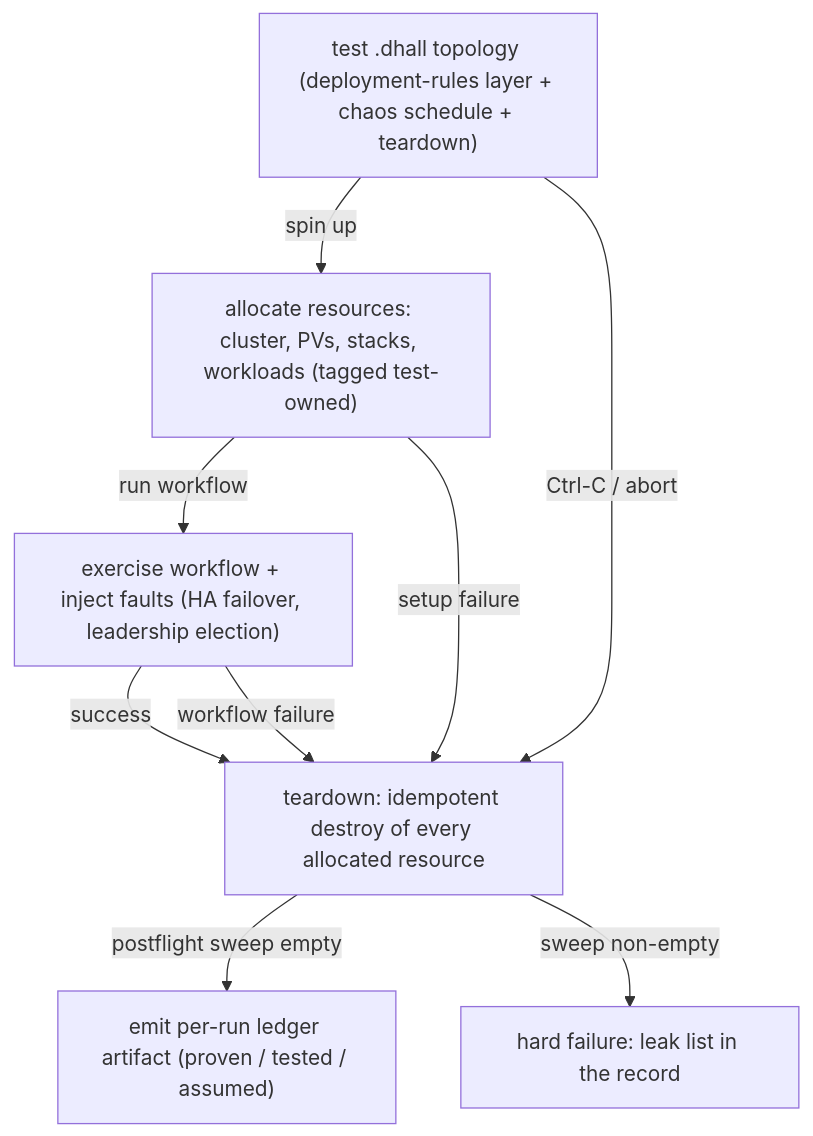
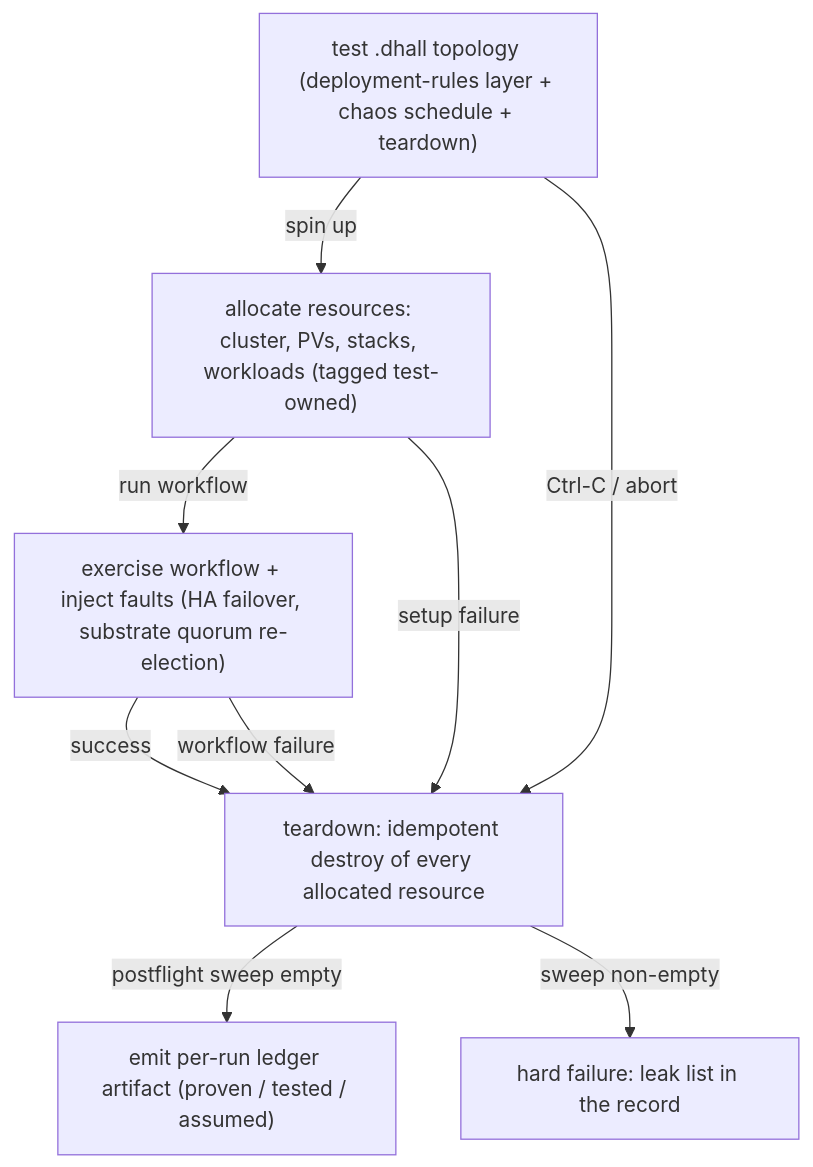
Before and after one commit to Tuee22/amoebius: the first of 2 diagrams in documents/engineering/testing_doctrine.md, drawn with Mermaid. The commit also changed other lines of this file and 101 other files, not shown here.

````diff
--- a/documents/engineering/testing_doctrine.md
+++ b/documents/engineering/testing_doctrine.md
@@ -116,11 +116,11 @@
 ```mermaid
 flowchart TD
   spec["test .dhall topology (deployment-rules layer + chaos schedule + teardown)"] -->|spin up| up["allocate resources: cluster, PVs, stacks, workloads (tagged test-owned)"]
-  up -->|run workflow| run["exercise workflow + inject faults (HA failover, leadership election)"]
+  up -->|run workflow| run["exercise workflow + inject faults (HA failover, substrate quorum re-election)"]
   run -->|success| down["teardown: idempotent destroy of every allocated resource"]
   run -->|workflow failure| down
   up -->|setup failure| down
   spec -->|Ctrl-C / abort| down
   down -->|postflight sweep empty| ledger["emit per-run ledger artifact (proven / tested / assumed)"]
   down -->|sweep non-empty| fail["hard failure: leak list in the record"]
 ```
````
